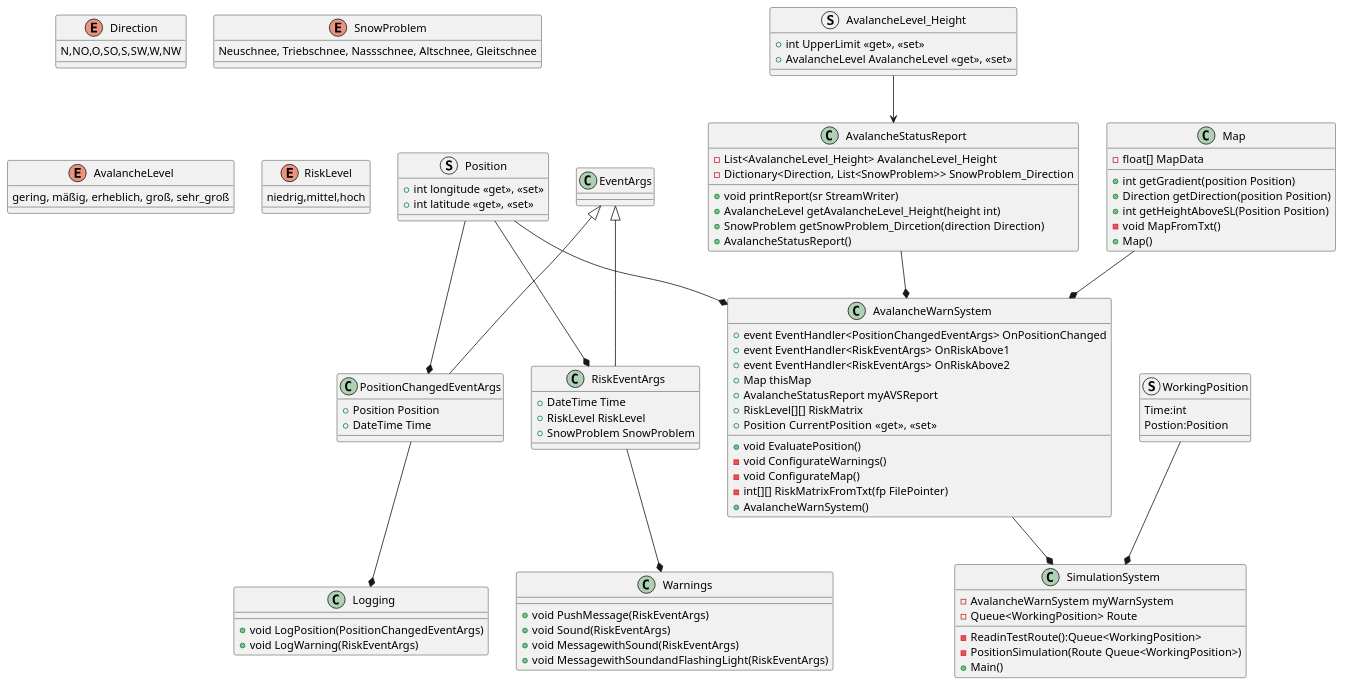
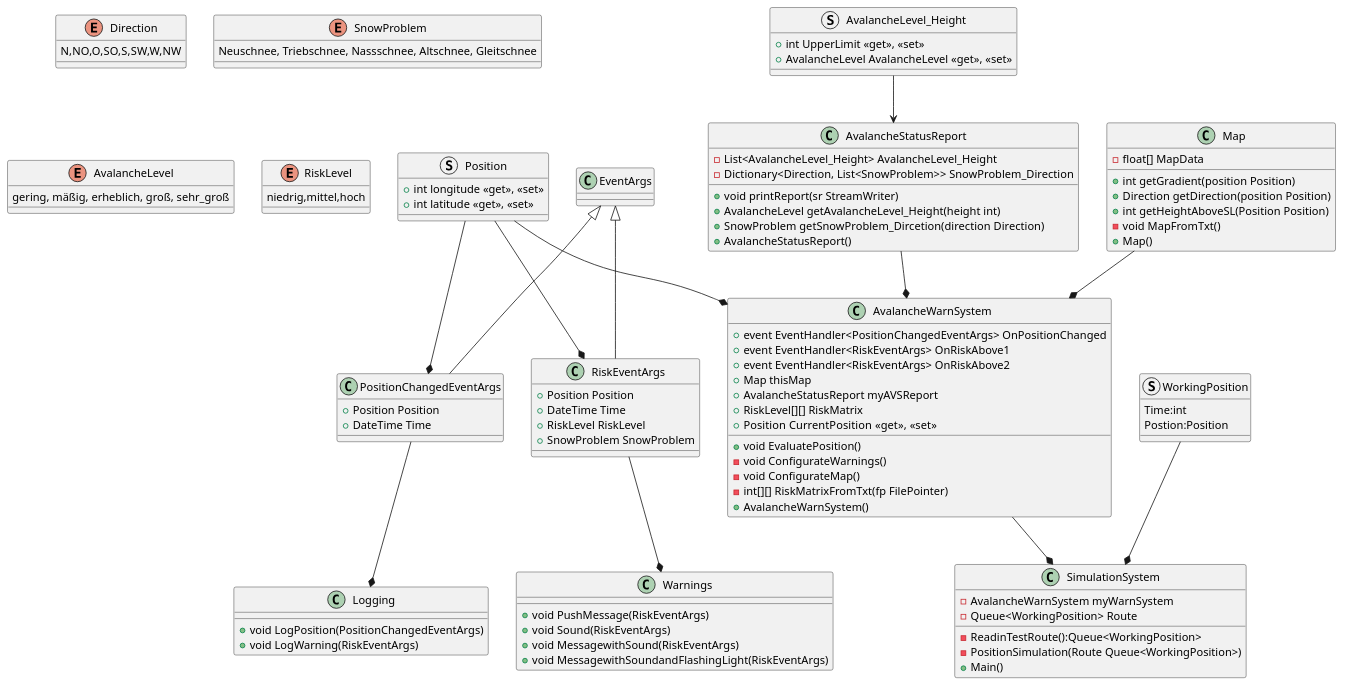
Before and after one commit to ganz-anders/poorgrammar: the diagram in ClassDiagram.puml, drawn with PlantUML.

Commit message:
updated the ClassDiagram - added the position to eventArgs

```diff
--- a/ClassDiagram.puml
+++ b/ClassDiagram.puml
@@ -1,124 +1,125 @@
 @startuml ClassDiagram
 enum Direction
 {
     N,NO,O,SO,S,SW,W,NW
 }
 
 enum SnowProblem
 {
     Neuschnee, Triebschnee, Nassschnee, Altschnee, Gleitschnee
 }
 
 enum AvalancheLevel
 {
     gering, mäßig, erheblich, groß, sehr_groß
 }
 
 enum RiskLevel
 {
     niedrig,mittel,hoch
 }
 
 struct Position
 {
     + int longitude <<get>>, <<set>>
     + int latitude <<get>>, <<set>>
 }
 
 struct AvalancheLevel_Height
 {
     + int UpperLimit <<get>>, <<set>>
     + AvalancheLevel AvalancheLevel <<get>>, <<set>>
 }
 
 class AvalancheStatusReport
 {
     - List<AvalancheLevel_Height> AvalancheLevel_Height
     - Dictionary<Direction, List<SnowProblem>> SnowProblem_Direction
     + void printReport(sr StreamWriter)
     + AvalancheLevel getAvalancheLevel_Height(height int)
     + SnowProblem getSnowProblem_Dircetion(direction Direction)
     + AvalancheStatusReport()
 }
 
 class Map
 {
     - float[] MapData
     + int getGradient(position Position)
     + Direction getDirection(position Position)
     + int getHeightAboveSL(Position Position)
     - void MapFromTxt()
     + Map()
 }
 
 class Warnings
 {
     + void PushMessage(RiskEventArgs)
     + void Sound(RiskEventArgs)
     + void MessagewithSound(RiskEventArgs)
     + void MessagewithSoundandFlashingLight(RiskEventArgs)
 }
 
 class Logging
 {
     + void LogPosition(PositionChangedEventArgs)
     + void LogWarning(RiskEventArgs)
 }
 
 class PositionChangedEventArgs
 {
     + Position Position
     + DateTime Time
 }
 
 class RiskEventArgs
 {
+    + Position Position
     + DateTime Time
     + RiskLevel RiskLevel
     + SnowProblem SnowProblem
 }
 
 class AvalancheWarnSystem
 {
     + event EventHandler<PositionChangedEventArgs> OnPositionChanged
     + event EventHandler<RiskEventArgs> OnRiskAbove1
     + event EventHandler<RiskEventArgs> OnRiskAbove2
     + Map thisMap
     + AvalancheStatusReport myAVSReport
     + RiskLevel[][] RiskMatrix
     + Position CurrentPosition <<get>>,  <<set>>
     + void EvaluatePosition()
     - void ConfigurateWarnings()
     - void ConfigurateMap()
     - int[][] RiskMatrixFromTxt(fp FilePointer)  
     + AvalancheWarnSystem()
 }
 
 struct WorkingPosition
 {
     Time:int
     Postion:Position    
 }
 class SimulationSystem
 {
     - AvalancheWarnSystem myWarnSystem
     - Queue<WorkingPosition> Route
     - ReadinTestRoute():Queue<WorkingPosition>
     - PositionSimulation(Route Queue<WorkingPosition>)
     + Main()
 }
 
 RiskEventArgs --* Warnings
 PositionChangedEventArgs --* Logging
 EventArgs <|-- RiskEventArgs
 EventArgs <|-- PositionChangedEventArgs
 AvalancheLevel_Height --> AvalancheStatusReport
 Position --* RiskEventArgs
 Position --* PositionChangedEventArgs
 Position --* AvalancheWarnSystem
 AvalancheStatusReport --* AvalancheWarnSystem
 Map --* AvalancheWarnSystem
 AvalancheWarnSystem --* SimulationSystem
 WorkingPosition --* SimulationSystem
 
 @enduml
```
